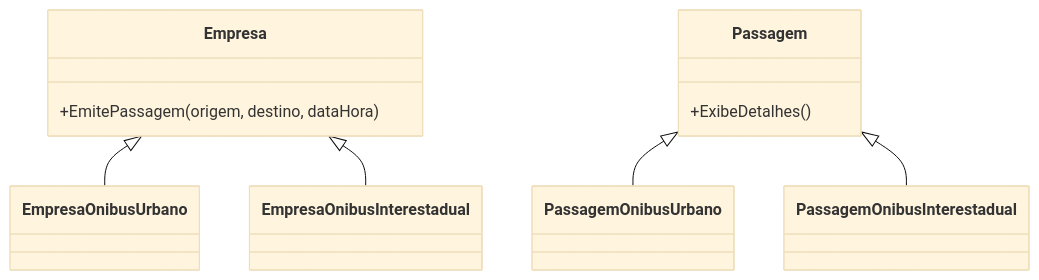
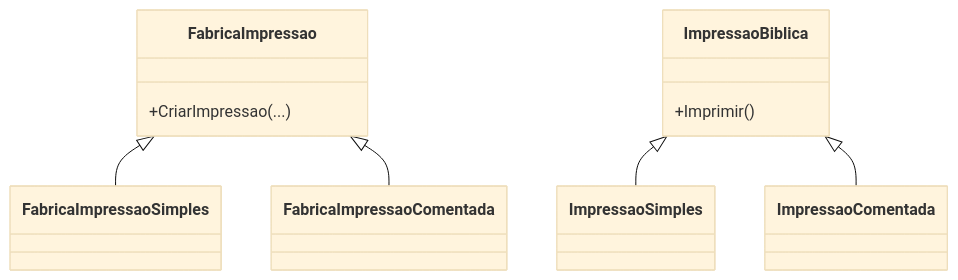
Before and after one commit to alexdevelopnet/GofPatternsCSharp: the diagram in FactoryMethod/README.md, drawn with Mermaid (base theme). The commit also changed other lines of this file and 7 other files, not shown here.

````diff
--- a/FactoryMethod/README.md
+++ b/FactoryMethod/README.md
@@ -53,9 +61,9 @@
 ```mermaid
 classDiagram
-    Empresa <|-- EmpresaOnibusUrbano
-    Empresa <|-- EmpresaOnibusInterestadual
-    Passagem <|-- PassagemOnibusUrbano
-    Passagem <|-- PassagemOnibusInterestadual
-    Empresa : +EmitePassagem(origem, destino, dataHora)
-    Passagem : +ExibeDetalhes()
+    FabricaImpressao <|-- FabricaImpressaoSimples
+    FabricaImpressao <|-- FabricaImpressaoComentada
+    ImpressaoBiblica <|-- ImpressaoSimples
+    ImpressaoBiblica <|-- ImpressaoComentada
+    FabricaImpressao : +CriarImpressao(...)
+    ImpressaoBiblica : +Imprimir()
 ```
````
